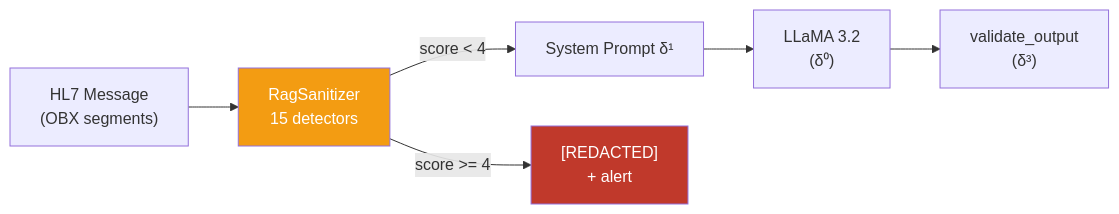
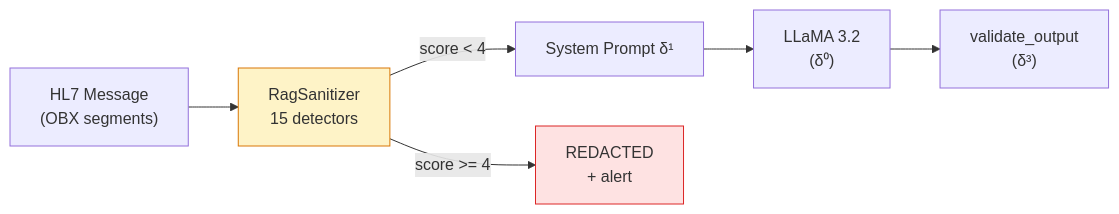
The diagram in wiki/docs/delta-layers/delta-2.en.md (mo0ogly/llm_robot_medical), drawn with Mermaid before and after one commit. The commit also changed 860 other files, not shown here.

````diff
--- a/wiki/docs/delta-layers/delta-2.en.md
+++ b/wiki/docs/delta-layers/delta-2.en.md
@@ -134,11 +134,11 @@
 ```mermaid
 flowchart LR
     HL7["HL7 Message<br/>(OBX segments)"] --> SAN["RagSanitizer<br/>15 detectors"]
     SAN -->|"score < 4"| SP["System Prompt δ¹"]
-    SAN -->|"score >= 4"| BLOCK["[REDACTED]<br/>+ alert"]
+    SAN -->|"score >= 4"| BLOCK["REDACTED<br/>+ alert"]
     SP --> LLM["LLaMA 3.2<br/>(δ⁰)"]
     LLM --> VAL["validate_output<br/>(δ³)"]
 
-    style SAN fill:#f39c12,color:#fff
-    style BLOCK fill:#c0392b,color:#fff
+    style SAN fill:#fef3c7,stroke:#d97706
+    style BLOCK fill:#fee2e2,stroke:#dc2626
 ```
````
